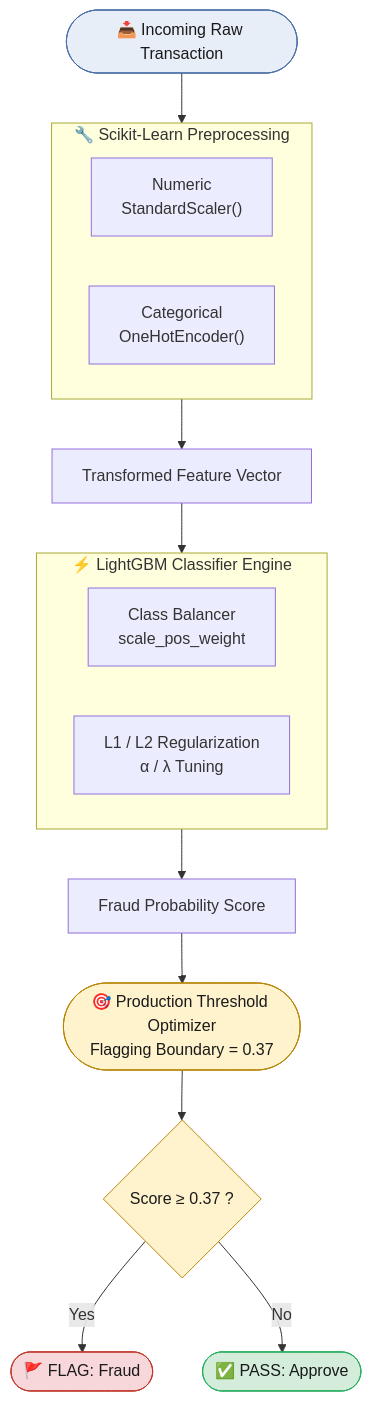
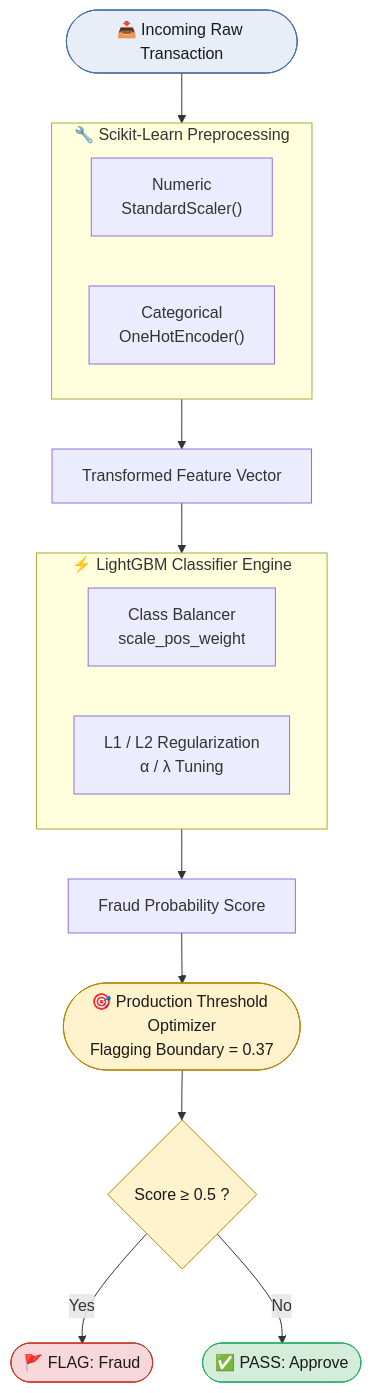
The diagram in README.md (Anishnits019/Credit-Card-Fraud-Detection-System), drawn with Mermaid before and after one commit.

Commit message:
Readme.md updated

````diff
--- a/README.md
+++ b/README.md
@@ -54,35 +54,35 @@
 ```mermaid
 flowchart TD
     A(["📥 Incoming Raw Transaction"]) --> B
 
     subgraph B["🔧 Scikit-Learn Preprocessing"]
         direction LR
         B1["Numeric<br/>StandardScaler()"]
         B2["Categorical<br/>OneHotEncoder()"]
     end
 
     B --> C["Transformed Feature Vector"] --> D
 
     subgraph D["⚡ LightGBM Classifier Engine"]
         direction LR
         D1["Class Balancer<br/>scale_pos_weight"]
         D2["L1 / L2 Regularization<br/>α / λ Tuning"]
     end
 
     D --> E["Fraud Probability Score"] --> F(["🎯 Production Threshold Optimizer<br/>Flagging Boundary = 0.37"])
 
-    F --> G{"Score ≥ 0.37 ?"}
+    F --> G{"Score ≥ 0.5 ?"}
     G -->|Yes| H(["🚩 FLAG: Fraud"])
     G -->|No| I(["✅ PASS: Approve"])
 
     classDef input fill:#e8eef7,stroke:#4a6fa5,stroke-width:1px,color:#1a1a1a;
     classDef stage fill:#f5f5f5,stroke:#888,stroke-width:1px,color:#1a1a1a;
     classDef decision fill:#fff3cd,stroke:#b8860b,stroke-width:1px,color:#1a1a1a;
     classDef flag fill:#f8d7da,stroke:#c0392b,stroke-width:1px,color:#1a1a1a;
     classDef pass fill:#d4edda,stroke:#27ae60,stroke-width:1px,color:#1a1a1a;
 
     class A input;
     class F,G decision;
     class H flag;
     class I pass;
 ```
````
